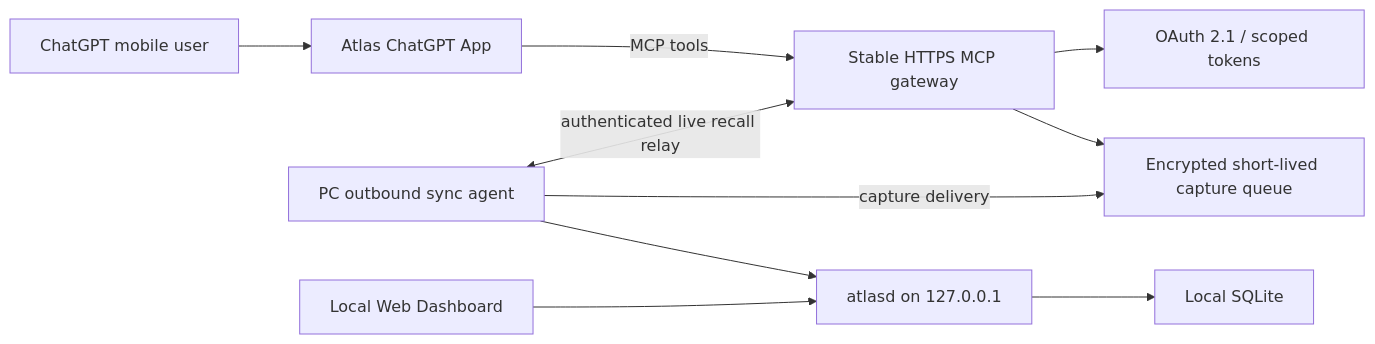
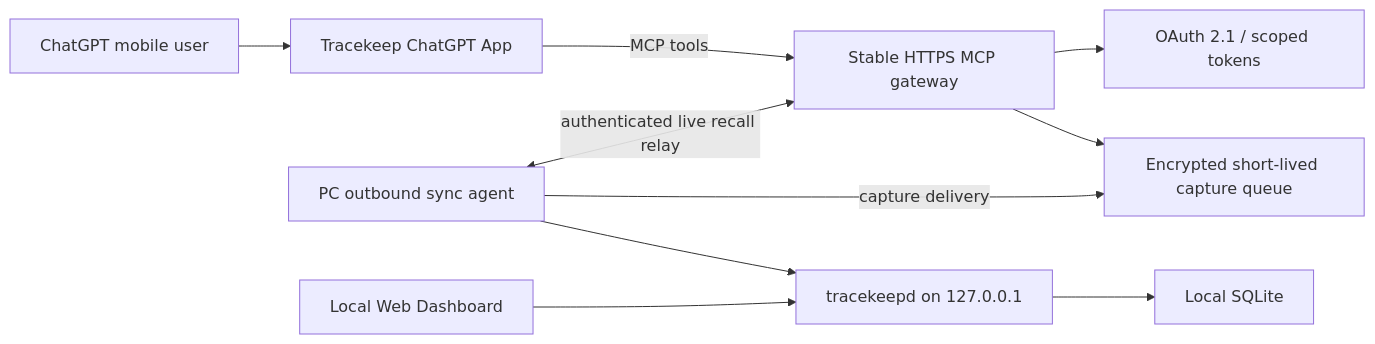
The diagram in docs/product/chatgpt-direct-mobile-roadmap.md (randyhe/tracekeep), drawn with Mermaid before and after one commit. The commit also changed other lines of this file and 125 other files, not shown here.

First line of the commit message:
Rename Atlas to Tracekeep (#21)

````diff
--- a/docs/product/chatgpt-direct-mobile-roadmap.md
+++ b/docs/product/chatgpt-direct-mobile-roadmap.md
@@ -41,13 +41,13 @@
 ```mermaid
 flowchart LR
-    User["ChatGPT mobile user"] --> App["Atlas ChatGPT App"]
+    User["ChatGPT mobile user"] --> App["Tracekeep ChatGPT App"]
     App -->|"MCP tools"| Gateway["Stable HTTPS MCP gateway"]
     Gateway --> Auth["OAuth 2.1 / scoped tokens"]
     Gateway --> Queue["Encrypted short-lived capture queue"]
 
     Agent["PC outbound sync agent"] -->|"capture delivery"| Queue
     Agent <-->|"authenticated live recall relay"| Gateway
-    Agent --> Atlasd["atlasd on 127.0.0.1"]
-    Atlasd --> SQLite["Local SQLite"]
-    Dashboard["Local Web Dashboard"] --> Atlasd
+    Agent --> Tracekeepd["tracekeepd on 127.0.0.1"]
+    Tracekeepd --> SQLite["Local SQLite"]
+    Dashboard["Local Web Dashboard"] --> Tracekeepd
 ```
````
